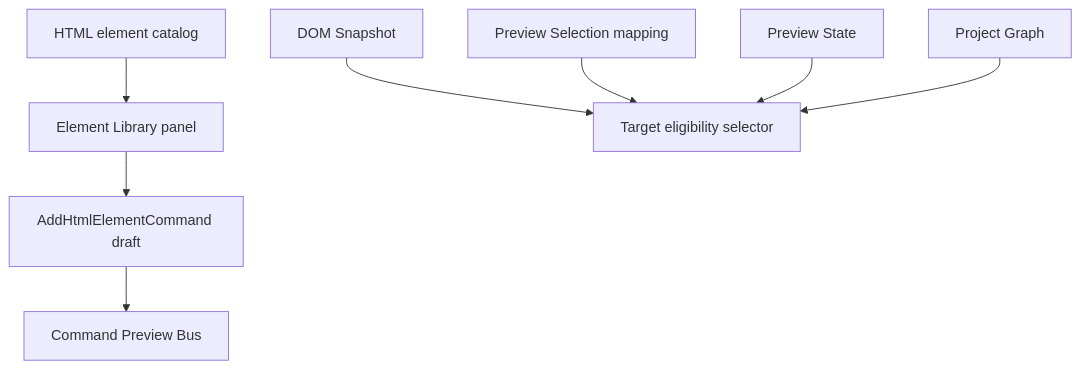
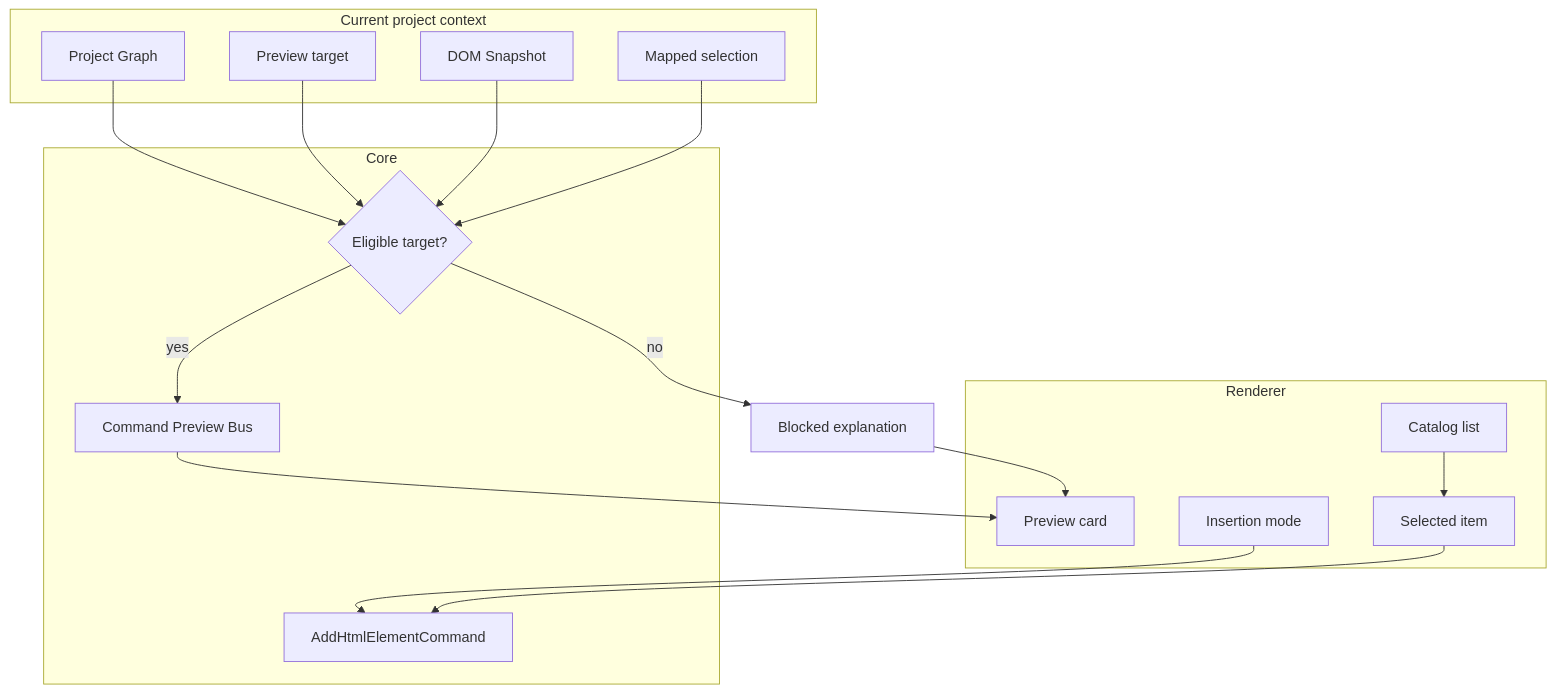
The diagram in docs/architecture/commands/html-element-library.md (krestosa/Crystal), drawn with Mermaid before and after one commit. The commit also changed other lines of this file and 12 other files, not shown here.

Commit message:
Add richer preview and command documentation

````diff
--- a/docs/architecture/commands/html-element-library.md
+++ b/docs/architecture/commands/html-element-library.md
@@ -15,10 +66,31 @@
 ```mermaid
 flowchart TD
-  Catalog[HTML element catalog] --> Panel[Element Library panel]
-  Snapshot[DOM Snapshot] --> Eligibility[Target eligibility selector]
-  Selection[Preview Selection mapping] --> Eligibility
-  Preview[Preview State] --> Eligibility
-  Graph[Project Graph] --> Eligibility
-  Panel --> Command[AddHtmlElementCommand draft]
-  Command --> PreviewBus[Command Preview Bus]
+  subgraph Renderer[Renderer]
+    Catalog[Catalog list]
+    Item[Selected item]
+    Mode[Insertion mode]
+    Preview[Preview card]
+  end
+
+  subgraph Context[Current project context]
+    Graph[Project Graph]
+    Target[Preview target]
+    Snapshot[DOM Snapshot]
+    Selection[Mapped selection]
+  end
+
+  subgraph Core[Core]
+    Eligibility{Eligible target?}
+    Command[AddHtmlElementCommand]
+    Bus[Command Preview Bus]
+  end
+
+  Catalog --> Item --> Command
+  Mode --> Command
+  Graph --> Eligibility
+  Target --> Eligibility
+  Snapshot --> Eligibility
+  Selection --> Eligibility
+  Eligibility -->|yes| Bus --> Preview
+  Eligibility -->|no| Blocked[Blocked explanation] --> Preview
 ```
````
